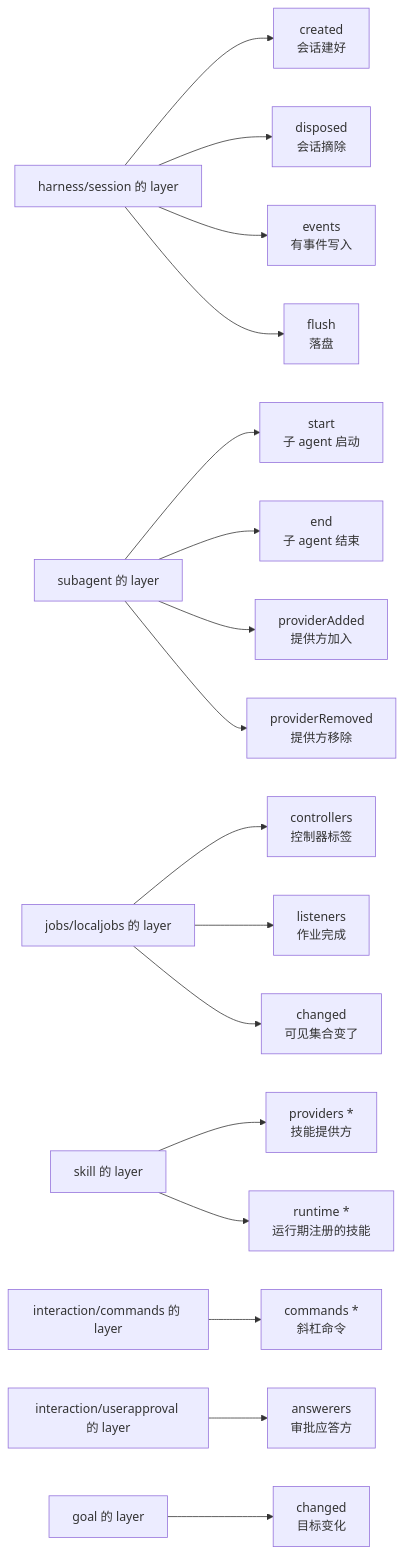
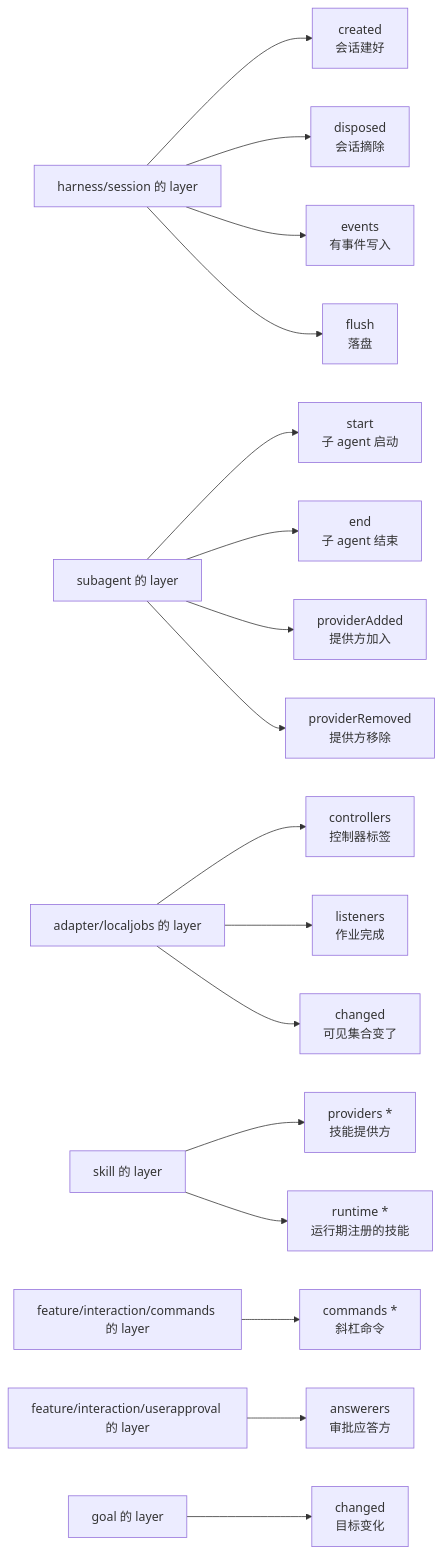
The seventh of 8 diagrams in docs/modules/scope.md (snight1983/ds-harness-go), drawn with Mermaid before and after one commit. The commit also changed other lines of this file and 136 other files, not shown here.

````diff
--- a/docs/modules/scope.md
+++ b/docs/modules/scope.md
@@ -129,32 +129,32 @@
 ```mermaid
 graph LR
   SE["harness/session 的 layer"]
   SE --> e1["created<br/>会话建好"]
   SE --> e2["disposed<br/>会话摘除"]
   SE --> e3["events<br/>有事件写入"]
   SE --> e4["flush<br/>落盘"]
 
   SA["subagent 的 layer"]
   SA --> b1["start<br/>子 agent 启动"]
   SA --> b2["end<br/>子 agent 结束"]
   SA --> b3["providerAdded<br/>提供方加入"]
   SA --> b4["providerRemoved<br/>提供方移除"]
 
-  JB["jobs/localjobs 的 layer"]
+  JB["adapter/localjobs 的 layer"]
   JB --> j1["controllers<br/>控制器标签"]
   JB --> j2["listeners<br/>作业完成"]
   JB --> j3["changed<br/>可见集合变了"]
 
   SK["skill 的 layer"]
   SK --> k1["providers *<br/>技能提供方"]
   SK --> k2["runtime *<br/>运行期注册的技能"]
 
-  CM["interaction/commands 的 layer"]
+  CM["feature/interaction/commands 的 layer"]
   CM --> c1["commands *<br/>斜杠命令"]
 
-  UA["interaction/userapproval 的 layer"]
+  UA["feature/interaction/userapproval 的 layer"]
   UA --> u1["answerers<br/>审批应答方"]
 
   GO["goal 的 layer"]
   GO --> g1["changed<br/>目标变化"]
 ```
````
